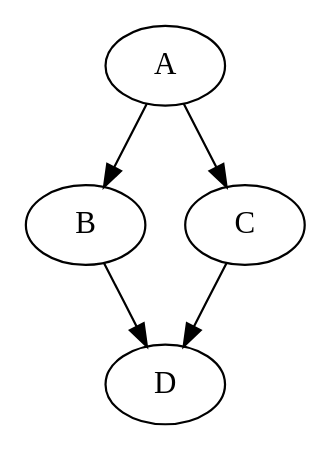
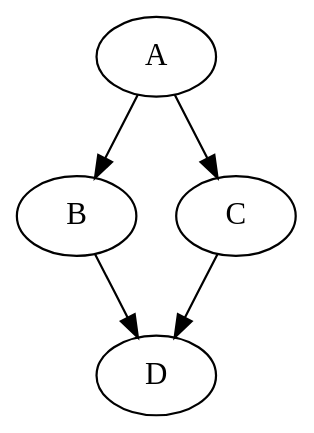
The sixth of 6 diagrams in docs/demo/diagram.md (t-doc-org/common), drawn with Graphviz before and after one commit. The commit also changed 4 other files, not shown here.

Commit message:
{graphviz}: Add support for the dark theme.

````diff
--- a/docs/demo/diagram.md
+++ b/docs/demo/diagram.md
@@ -127,9 +127,9 @@
 ```{graphviz}
-:class: align-center
 digraph {
+    bgcolor="transparent"
     A -> B
     A -> C
     B -> D
     C -> D
 }
 ```
````
